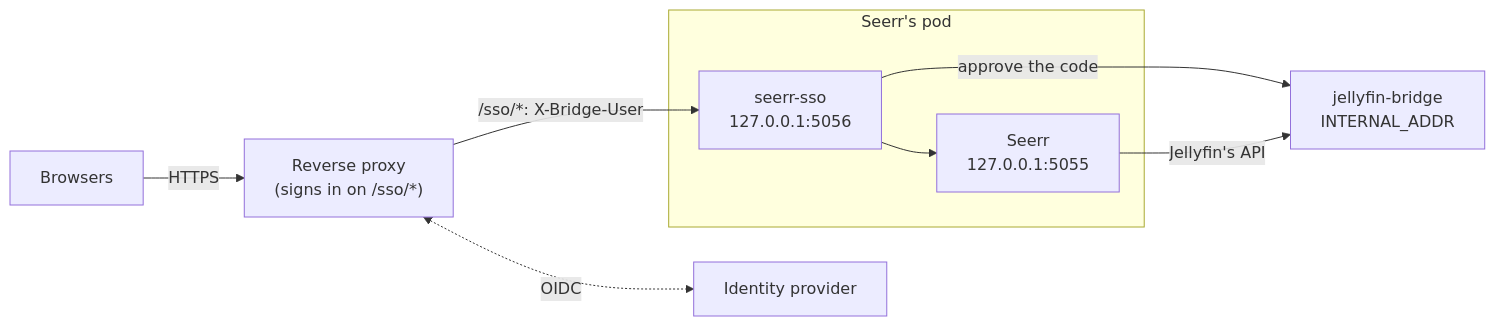
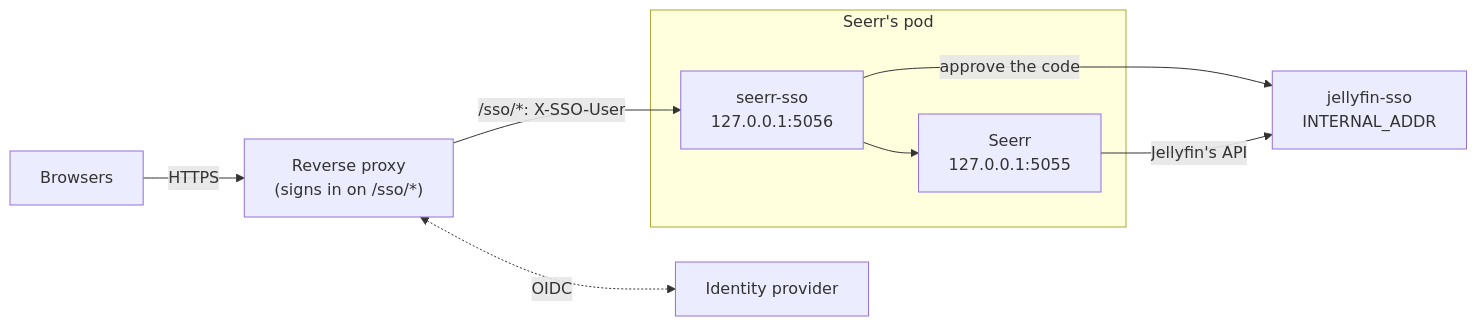
Before and after one commit to pdeslaur/hangar: the diagram in cmd/seerr-sso/README.md, drawn with Mermaid. The commit also changed other lines of this file and 35 other files, not shown here.

First line of the commit message:
refactor(jellyfin-sso): Rename jellyfin-bridge to jellyfin-sso (#39)

````diff
--- a/cmd/seerr-sso/README.md
+++ b/cmd/seerr-sso/README.md
@@ -7,11 +7,11 @@
 ```mermaid
 flowchart LR
     browser["Browsers"] -->|HTTPS| proxy["Reverse proxy<br>(signs in on /sso/*)"]
     proxy <-.->|OIDC| idp["Identity provider"]
     subgraph pod["Seerr's pod"]
         sso["seerr-sso<br>127.0.0.1:5056"] --> seerr["Seerr<br>127.0.0.1:5055"]
     end
-    proxy -->|"/sso/*: X-Bridge-User"| sso
-    sso -->|"approve the code"| bridge["jellyfin-bridge<br>INTERNAL_ADDR"]
-    seerr -->|"Jellyfin's API"| bridge
+    proxy -->|"/sso/*: X-SSO-User"| sso
+    sso -->|"approve the code"| jellyfin["jellyfin-sso<br>INTERNAL_ADDR"]
+    seerr -->|"Jellyfin's API"| jellyfin
 ```
````
